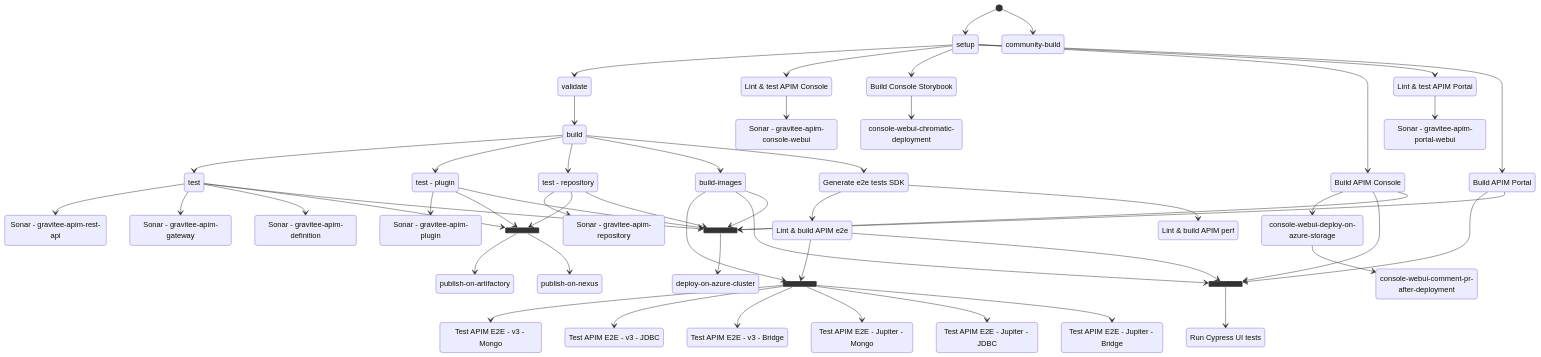
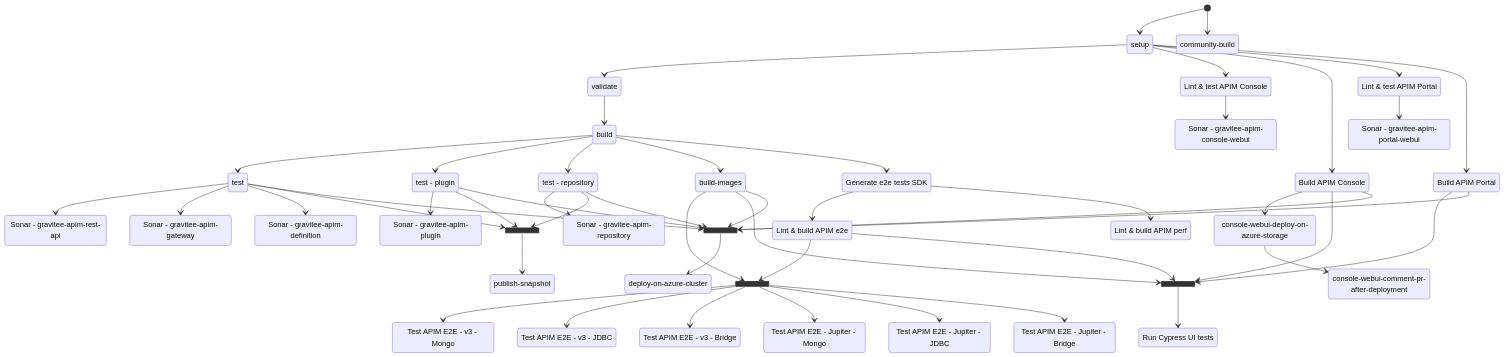
One commit to gravitee-io/gravitee-api-management changed the third of 3 diagrams in .circleci/Workflows.md. Above: the diagram before and after it, drawn with Mermaid. The commit also changed other lines of this file and 123 other files, not shown here.

```diff
--- a/.circleci/Workflows.md
+++ b/.circleci/Workflows.md
@@ -203,21 +192,14 @@
     test --> join_state_publish
     testPlugin --> join_state_publish
     testRepository --> join_state_publish
-    publishOnArtifactory: publish-on-artifactory
-    publishOnNexus: publish-on-nexus
-    join_state_publish --> publishOnArtifactory
-    join_state_publish --> publishOnNexus
+    publishSnapshot: publish-snapshot
+    join_state_publish --> publishSnapshot
 
     %% Console
     webUILintConsole: Lint & test APIM Console
     setup --> webUILintConsole
     sonarConsole: Sonar - gravitee-apim-console-webui
     webUILintConsole --> sonarConsole
-
-    storybook: Build Console Storybook
-    chromatic: console-webui-chromatic-deployment
-    setup --> storybook
-    storybook --> chromatic
 
     webUIConsole: Build APIM Console
     setup --> webUIConsole
```
